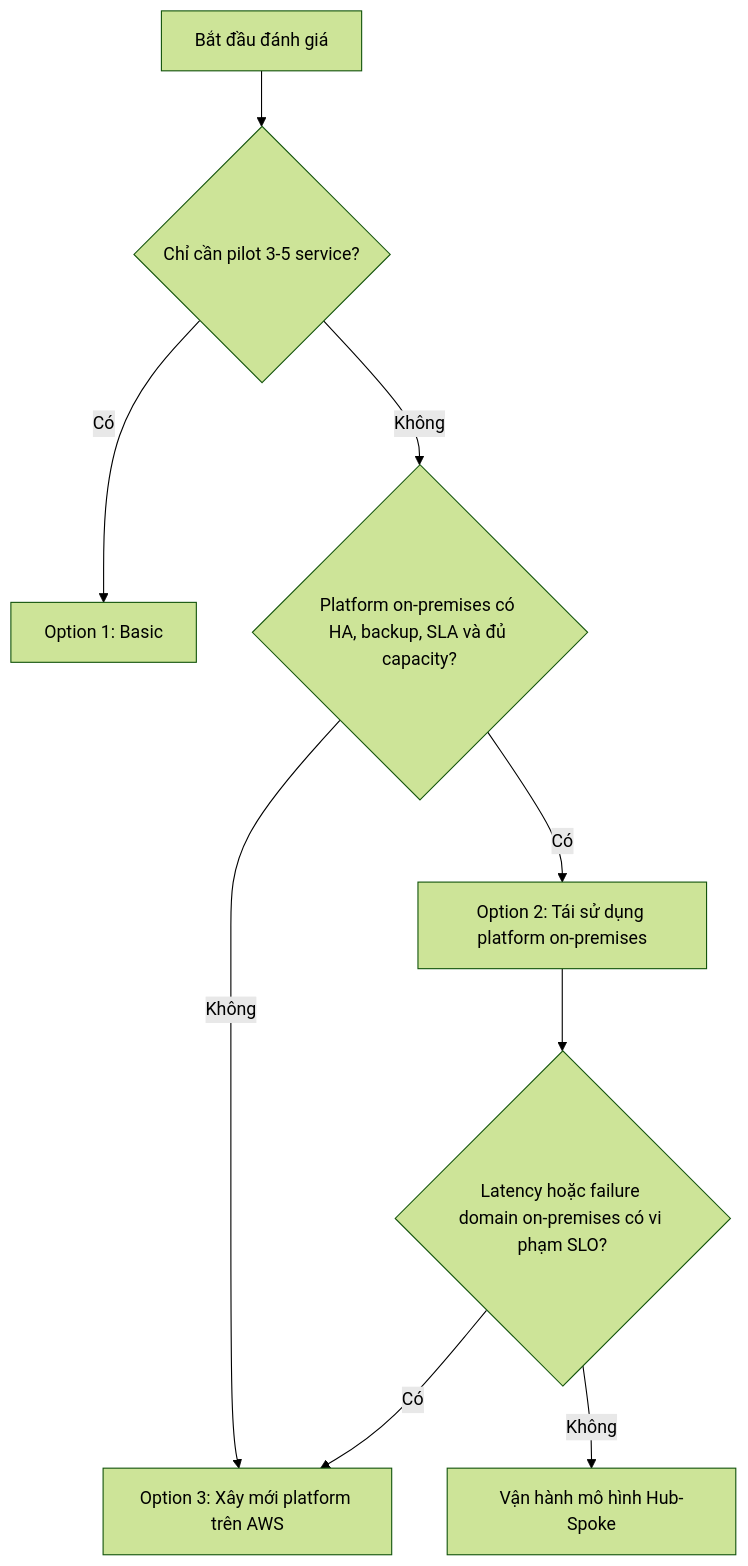
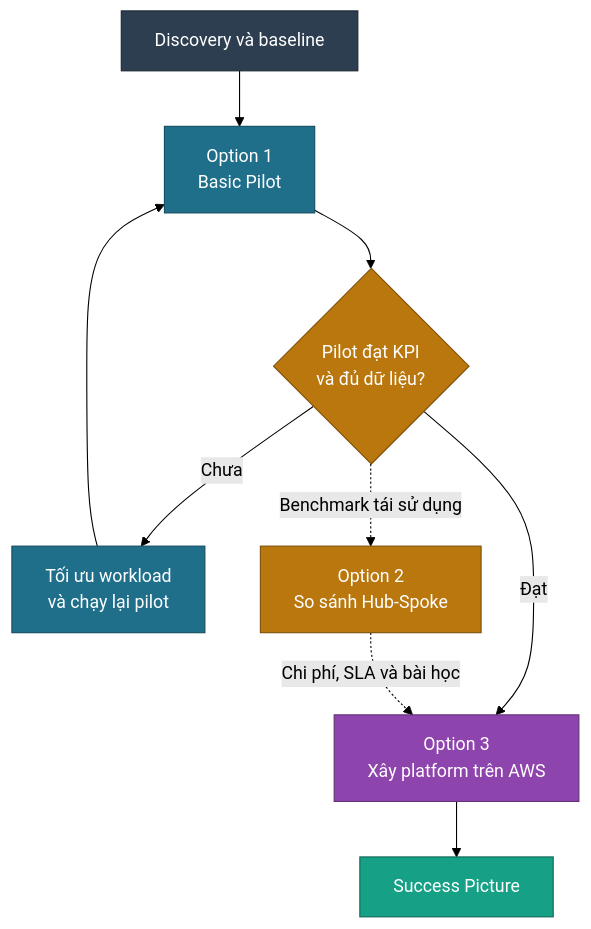
Before and after one commit to hinorashi/homecommer: the first of 2 diagrams in aws-adoption-for-sme/readme.md, drawn with Mermaid (forest theme). The commit also changed other lines of this file and 3 other files, not shown here.

Commit message:
Cập nhật tài liệu AWS Cloud Adoption: bổ sung chi tiết về lộ trình triển khai cho các phương án, quy ước màu kiến trúc, và cải tiến mô tả CI/CD cho từng option.

````diff
--- a/aws-adoption-for-sme/readme.md
+++ b/aws-adoption-for-sme/readme.md
@@ -71,11 +71,21 @@
 ```mermaid
 flowchart TD
-  Start["Bắt đầu đánh giá"] --> Pilot{"Chỉ cần pilot 3-5 service?"}
-  Pilot -->|Có| Basic["Option 1: Basic"]
-  Pilot -->|Không| Existing{"Platform on-premises có HA, backup, SLA và đủ capacity?"}
-  Existing -->|Có| Reuse["Option 2: Tái sử dụng platform on-premises"]
-  Existing -->|Không| Build["Option 3: Xây mới platform trên AWS"]
-  Reuse --> Review{"Latency hoặc failure domain on-premises có vi phạm SLO?"}
-  Review -->|Có| Build
-  Review -->|Không| Operate["Vận hành mô hình Hub-Spoke"]
+  Start["Discovery và baseline"] --> Basic["Option 1\nBasic Pilot"]
+  Basic --> Gate{"Pilot đạt KPI\nvà đủ dữ liệu?"}
+  Gate -->|Chưa| Tune["Tối ưu workload\nvà chạy lại pilot"] --> Basic
+  Gate -->|Đạt| Build["Option 3\nXây platform trên AWS"]
+  Gate -. "Benchmark tái sử dụng" .-> Reuse["Option 2\nSo sánh Hub-Spoke"]
+  Reuse -. "Chi phí, SLA và bài học" .-> Build
+  Build --> Success["Success Picture"]
+
+  classDef discovery fill:#2c3e50,stroke:#1a252f,color:#fff;
+  classDef pilot fill:#1f6f8b,stroke:#154c61,color:#fff;
+  classDef compare fill:#b9770e,stroke:#7e5109,color:#fff;
+  classDef target fill:#8e44ad,stroke:#633077,color:#fff;
+  classDef success fill:#16a085,stroke:#0e6655,color:#fff;
+  class Start discovery;
+  class Basic,Tune pilot;
+  class Gate,Reuse compare;
+  class Build target;
+  class Success success;
 ```
````
